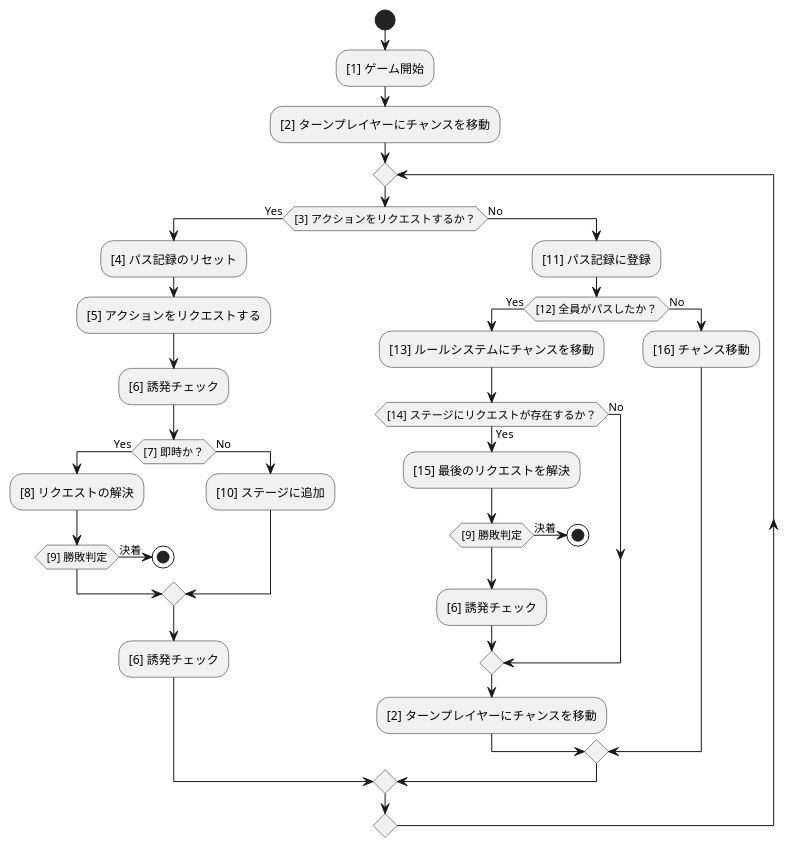
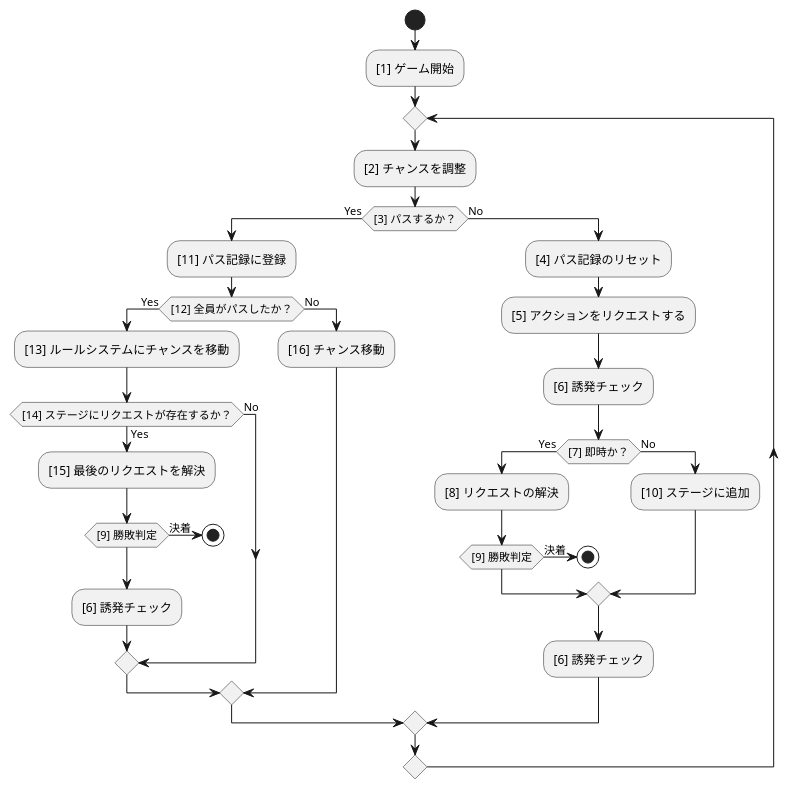
Before and after one commit to BlackPoker/BlackPoker: the diagram in source/core/coreflow.puml, drawn with PlantUML. The commit also changed 2 other files, not shown here.

```diff
--- a/source/core/coreflow.puml
+++ b/source/core/coreflow.puml
@@ -1,38 +1,37 @@
 @startuml
 skinparam defaultFontName "Droid Sans Fallback"
 start
 :[1] ゲーム開始;
-:[2] ターンプレイヤーにチャンスを移動;
 repeat
-if ([3] アクションをリクエストするか？) then (Yes)
+:[2] チャンスを調整;
+if ([3] パスするか？) then (Yes)
+    :[11] パス記録に登録;
+    if ([12] 全員がパスしたか？) then (Yes)
+        :[13] ルールシステムにチャンスを移動;
+        if ([14] ステージにリクエストが存在するか？) then (Yes)
+            :[15] 最後のリクエストを解決;
+            if ([9] 勝敗判定) then (決着)
+                stop
+            endif
+            :[6] 誘発チェック;
+        else (No)
+        endif
+    else (No)
+        :[16] チャンス移動;
+    endif
+else (No)
     :[4] パス記録のリセット;
     :[5] アクションをリクエストする;
     :[6] 誘発チェック;
     if ([7] 即時か？) then (Yes)
         :[8] リクエストの解決;
         if ([9] 勝敗判定) then (決着)
             stop
         endif
     else (No)
         :[10] ステージに追加;
     endif
     :[6] 誘発チェック;
-else (No)
-    :[11] パス記録に登録;
-    if ([12] 全員がパスしたか？) then (Yes)
-        :[13] ルールシステムにチャンスを移動;
-        if ([14] ステージにリクエストが存在するか？) then (Yes)
-            :[15] 最後のリクエストを解決;
-            if ([9] 勝敗判定) then (決着)
-                stop
-            endif
-            :[6] 誘発チェック;
-        else (No)
-        endif
-        :[2] ターンプレイヤーにチャンスを移動;
-    else (No)
-        :[16] チャンス移動;
-    endif
 endif
 repeat while()
 @enduml
```
